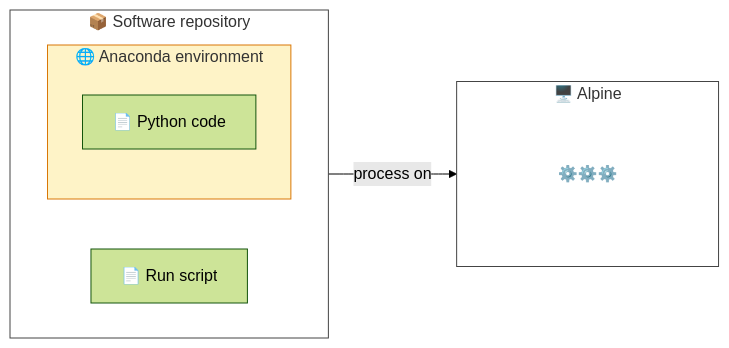
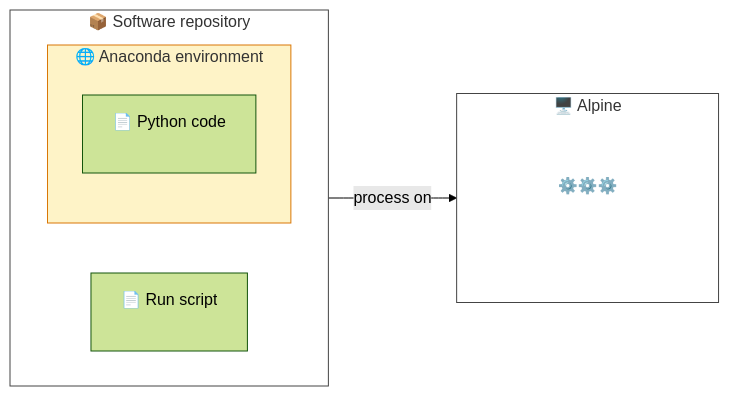
The first of 8 diagrams in _posts/2023-07-07-Using-Python-and-Anaconda-with-the-Alpine-HPC-Cluster.md (CU-DBMI/set-website), drawn with Mermaid (forest theme) before and after one commit. The commit also changed other lines of this file, not shown here.

Commit message:
use breaks to render mermaid properly

````diff
--- a/_posts/2023-07-07-Using-Python-and-Anaconda-with-the-Alpine-HPC-Cluster.md
+++ b/_posts/2023-07-07-Using-Python-and-Anaconda-with-the-Alpine-HPC-Cluster.md
@@ -26,25 +26,25 @@
 ```mermaid!
 flowchart LR
-    subgraph repo["📦 Software repository"]
+    subgraph repo["📦 Software repository<br/><br/>"]
         direction LR
-        runscript["📄 Run script"]
-        subgraph condaenv["🌐 Anaconda environment"]
-            pythoncode["📄 Python code"]
+        runscript["📄 Run script<br/><br/>"]
+        subgraph condaenv["🌐 Anaconda environment<br/><br/>"]
+            pythoncode["📄 Python code<br/><br/>"]
         end
 
     end
-    subgraph alpine["🖥️ Alpine"]
+    subgraph alpine["🖥️ Alpine<br/><br/>"]
         subgraph spacer1[" "]
-            subgraph spacer2["⚙️⚙️⚙️"]
+            subgraph spacer2["⚙️⚙️⚙️<br/><br/>"]
             end
         end
     end
 
     repo --> | process on | alpine
 
 style condaenv fill:#FEF3C7,stroke:#D97706;
 style repo fill:#ffffff,stroke:#444444;
 style alpine fill:#ffffff,stroke:#444444;
 style spacer1 fill:#ffffff,stroke:#ffffff;
 style spacer2 fill:#ffffff,stroke:#ffffff;
 ```
````
